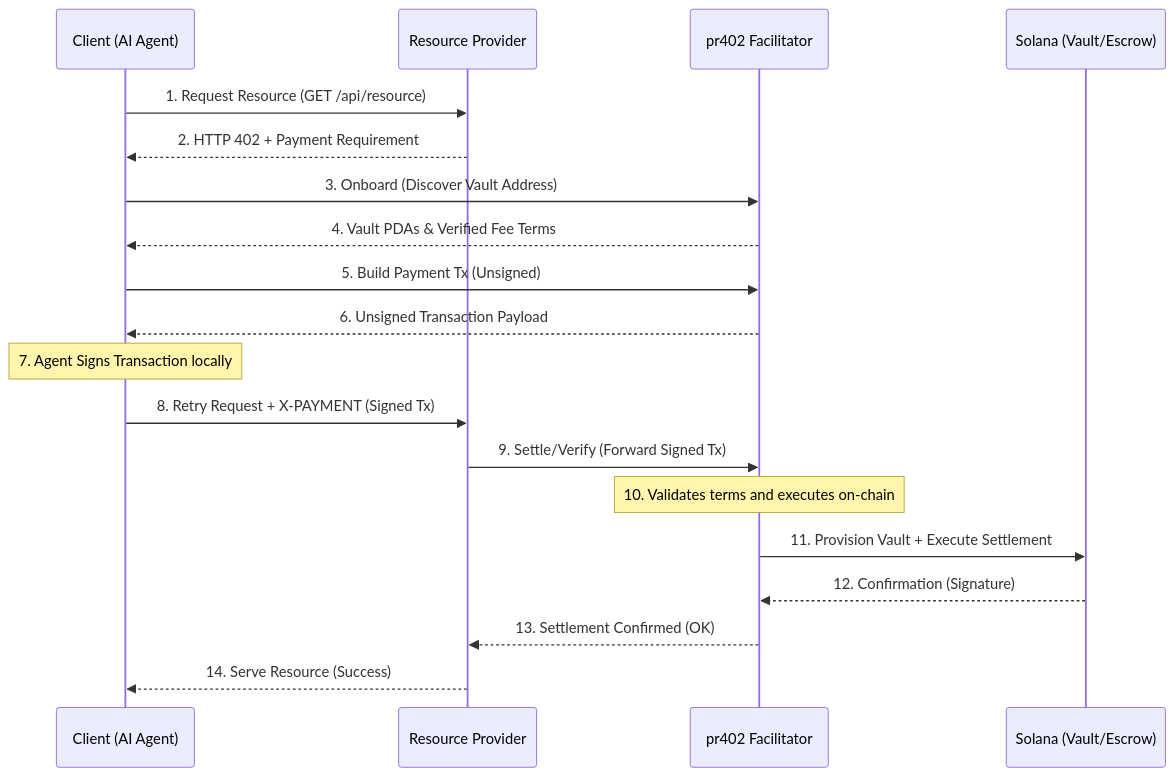
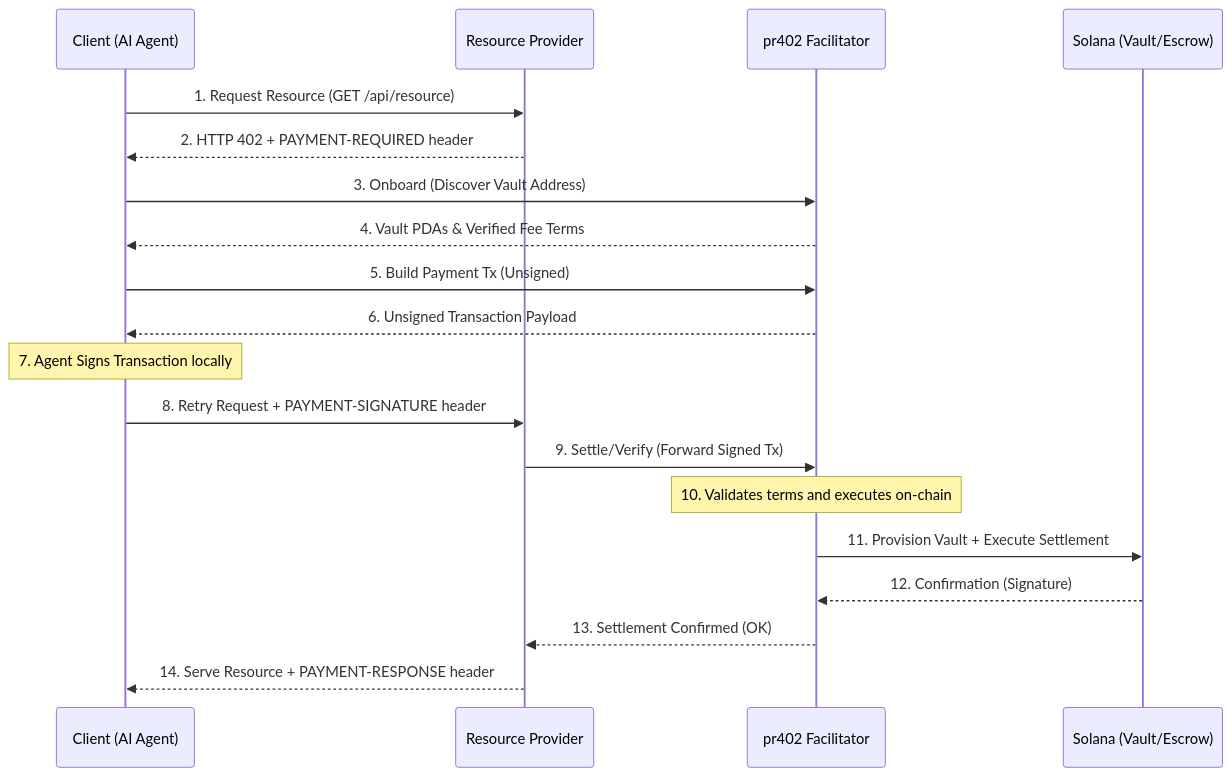
The diagram in ARCHITECTURE_OVERVIEW.md (miraland-labs/x402), drawn with Mermaid before and after one commit. The commit also changed other lines of this file and 1 other file, not shown here.

````diff
--- a/ARCHITECTURE_OVERVIEW.md
+++ b/ARCHITECTURE_OVERVIEW.md
@@ -95,28 +95,28 @@
 ```mermaid
 sequenceDiagram
     participant Agent as Client (AI Agent)
     participant Provider as Resource Provider
     participant Facilitator as pr402 Facilitator
     participant OnChain as Solana (Vault/Escrow)
 
     Agent->>Provider: 1. Request Resource (GET /api/resource)
-    Provider-->>Agent: 2. HTTP 402 + Payment Requirement
-    
+    Provider-->>Agent: 2. HTTP 402 + PAYMENT-REQUIRED header
+
     Agent->>Facilitator: 3. Onboard (Discover Vault Address)
     Facilitator-->>Agent: 4. Vault PDAs & Verified Fee Terms
 
     Agent->>Facilitator: 5. Build Payment Tx (Unsigned)
     Facilitator-->>Agent: 6. Unsigned Transaction Payload
 
     Note over Agent: 7. Agent Signs Transaction locally
 
-    Agent->>Provider: 8. Retry Request + X-PAYMENT (Signed Tx)
-    
+    Agent->>Provider: 8. Retry Request + PAYMENT-SIGNATURE header
+
     Provider->>Facilitator: 9. Settle/Verify (Forward Signed Tx)
     Note over Facilitator: 10. Validates terms and executes on-chain
     Facilitator->>OnChain: 11. Provision Vault + Execute Settlement
     OnChain-->>Facilitator: 12. Confirmation (Signature)
-    
+
     Facilitator-->>Provider: 13. Settlement Confirmed (OK)
-    Provider-->>Agent: 14. Serve Resource (Success)
+    Provider-->>Agent: 14. Serve Resource + PAYMENT-RESPONSE header
 ```
````
